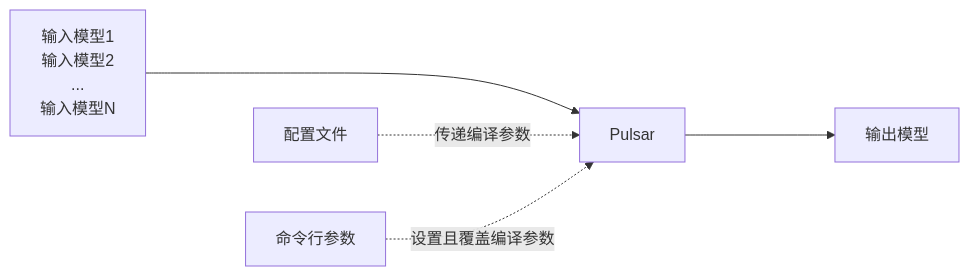
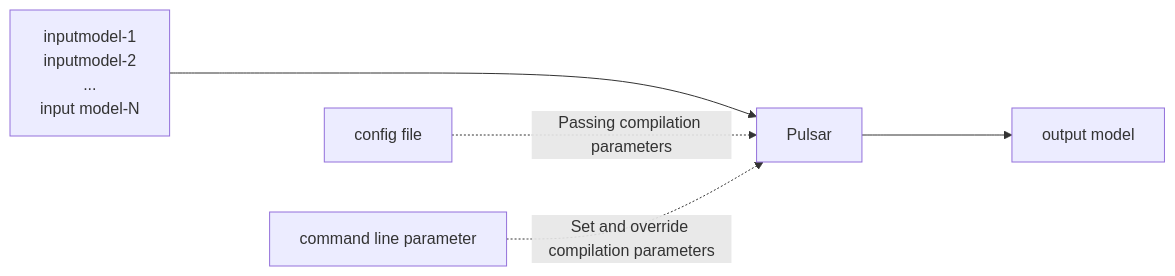
Before and after one commit to ZHEQIUSHUI/pulsar-docs: the diagram in source_en/test_configs/config.rst, drawn with Mermaid. The commit also changed other lines of this file and 12 other files, not shown here.

```diff
--- a/source_en/test_configs/config.rst
+++ b/source_en/test_configs/config.rst
@@ -17,9 +17,9 @@
 .. mermaid::
 
   graph LR
-    config_prototxt[配置文件]
-    command_line[命令行参数]
-    input_model[输入模型1<br/>输入模型2<br/>...<br/>输入模型N] ----> super_pulsar[Pulsar]
-    super_pulsar ----> output_model[输出模型]
-    config_prototxt -.-> |传递编译参数| super_pulsar
-    command_line -.-> |设置且覆盖编译参数| super_pulsar
+    config_prototxt[config file]
+    command_line[command line parameter]
+    input_model[inputmodel-1<br/>inputmodel-2<br/>...<br/>input model-N] ----> super_pulsar[Pulsar]
+    super_pulsar ----> output_model[output model]
+    config_prototxt -.-> |Passing compilation parameters| super_pulsar
+    command_line -.-> |Set and override compilation parameters| super_pulsar
```
